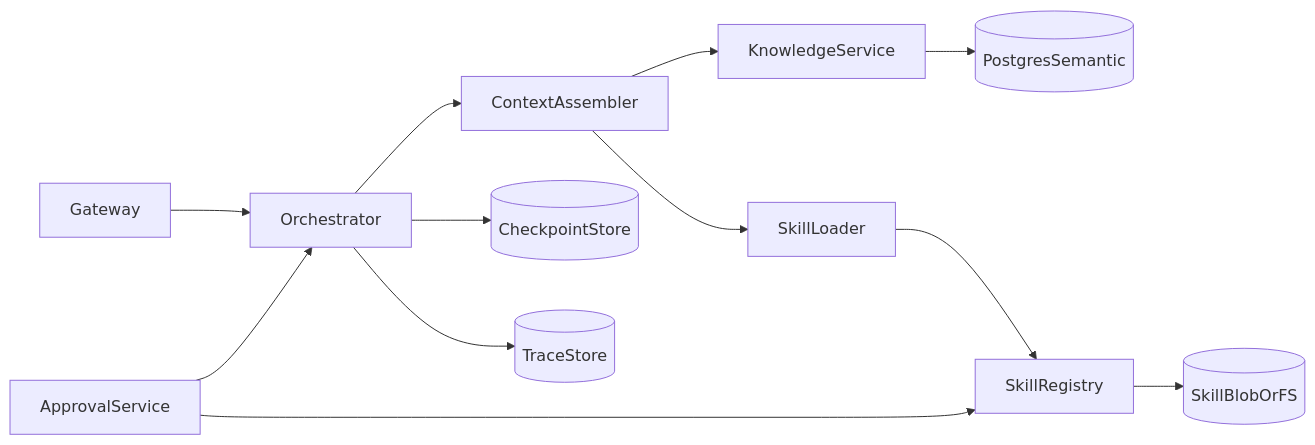
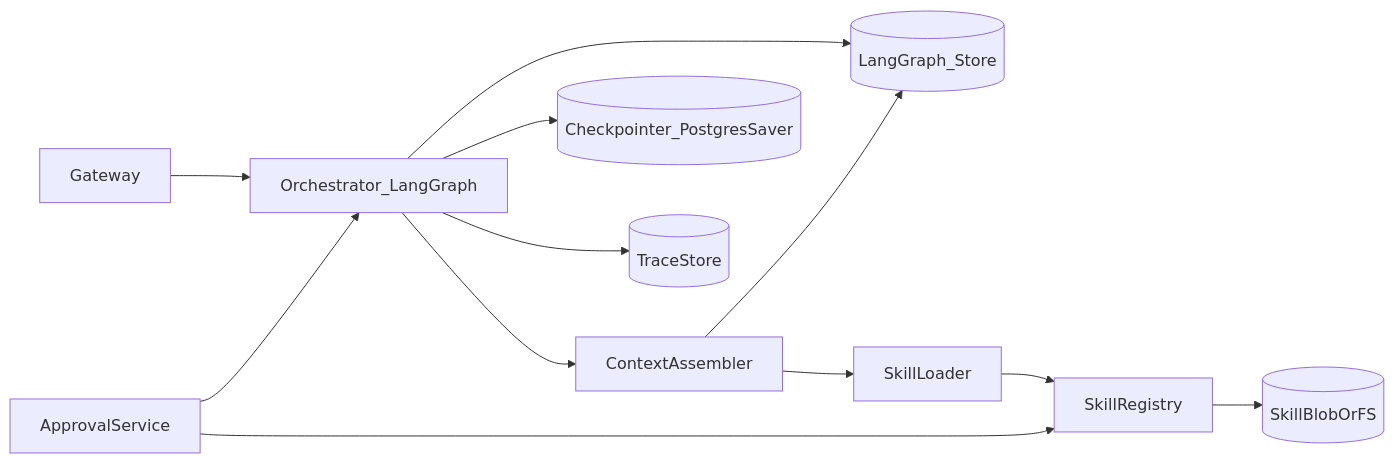
One commit to shivank22/ICE changed the diagram in SKILLS/backend/assets/diagrams/01-container-overview.mmd. Above: the diagram before and after it, drawn with Mermaid. The commit also changed 93 other files, not shown here.

```diff
--- a/SKILLS/backend/assets/diagrams/01-container-overview.mmd
+++ b/SKILLS/backend/assets/diagrams/01-container-overview.mmd
@@ -1,24 +1,23 @@
-%% Container overview — architectural services
+%% Container overview — LangGraph runtime + platform services
 flowchart LR
   Gw[Gateway]
-  Orch[Orchestrator]
+  Orch[Orchestrator_LangGraph]
   Ctx[ContextAssembler]
-  Know[KnowledgeService]
+  Store[(LangGraph_Store)]
   Loader[SkillLoader]
   Reg[SkillRegistry]
-  Cp[(CheckpointStore)]
-  Sem[(PostgresSemantic)]
+  Cp[(Checkpointer_PostgresSaver)]
   Blob[(SkillBlobOrFS)]
   Tr[(TraceStore)]
   Appr[ApprovalService]
   Gw --> Orch
   Orch --> Ctx
   Orch --> Cp
-  Ctx --> Know
+  Orch --> Store
+  Ctx --> Store
   Ctx --> Loader
-  Know --> Sem
   Loader --> Reg
   Reg --> Blob
   Orch --> Tr
   Appr --> Orch
   Appr --> Reg
```
